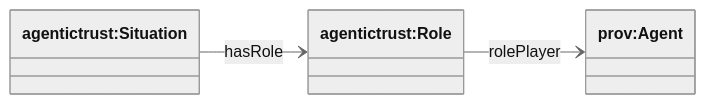
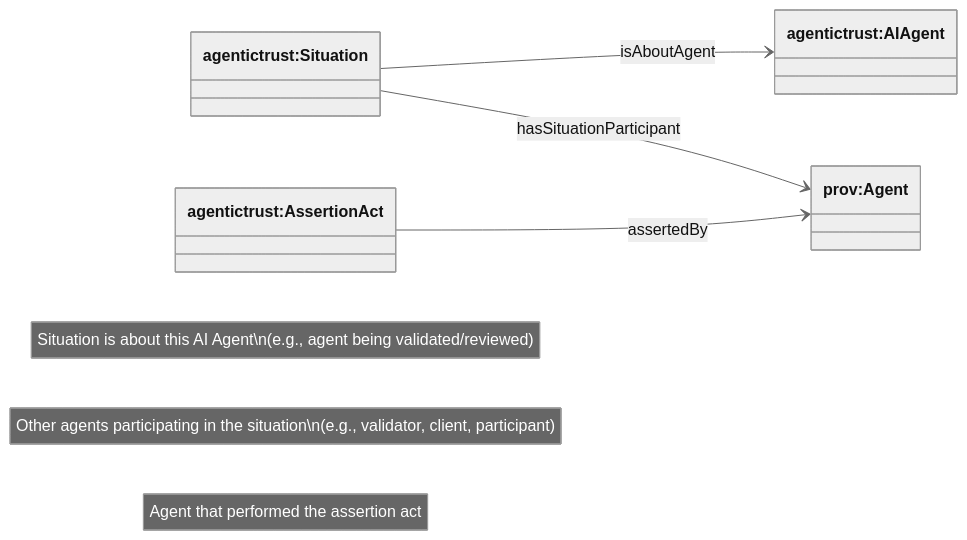
The second of 3 diagrams in docs/ontology/trust-graph.md (Agentic-Trust-Layer/agent-explorer), drawn with Mermaid (neutral theme) before and after one commit. The commit also changed other lines of this file and 4 other files, not shown here.

````diff
--- a/docs/ontology/trust-graph.md
+++ b/docs/ontology/trust-graph.md
@@ -35,11 +36,17 @@
 ```mermaid
 classDiagram
 direction LR
 
 class Situation["agentictrust:Situation"]
-class Role["agentictrust:Role"]
+class AIAgent["agentictrust:AIAgent"]
 class provAgent["prov:Agent"]
+class AssertionAct["agentictrust:AssertionAct"]
 
-Situation --> Role : hasRole
-Role --> provAgent : rolePlayer
+Situation --> AIAgent : isAboutAgent
+Situation --> provAgent : hasSituationParticipant
+AssertionAct --> provAgent : assertedBy
+
+note for isAboutAgent "Situation is about this AI Agent\n(e.g., agent being validated/reviewed)"
+note for hasSituationParticipant "Other agents participating in the situation\n(e.g., validator, client, participant)"
+note for assertedBy "Agent that performed the assertion act"
 ```
````
